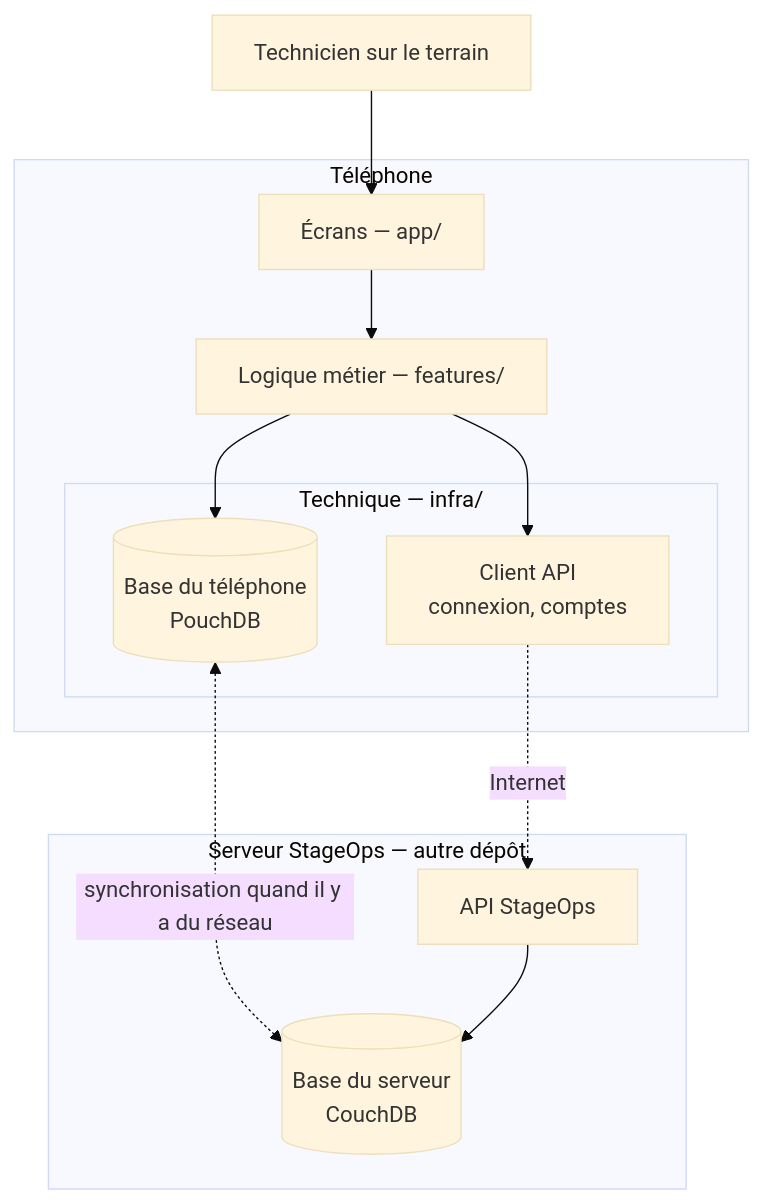
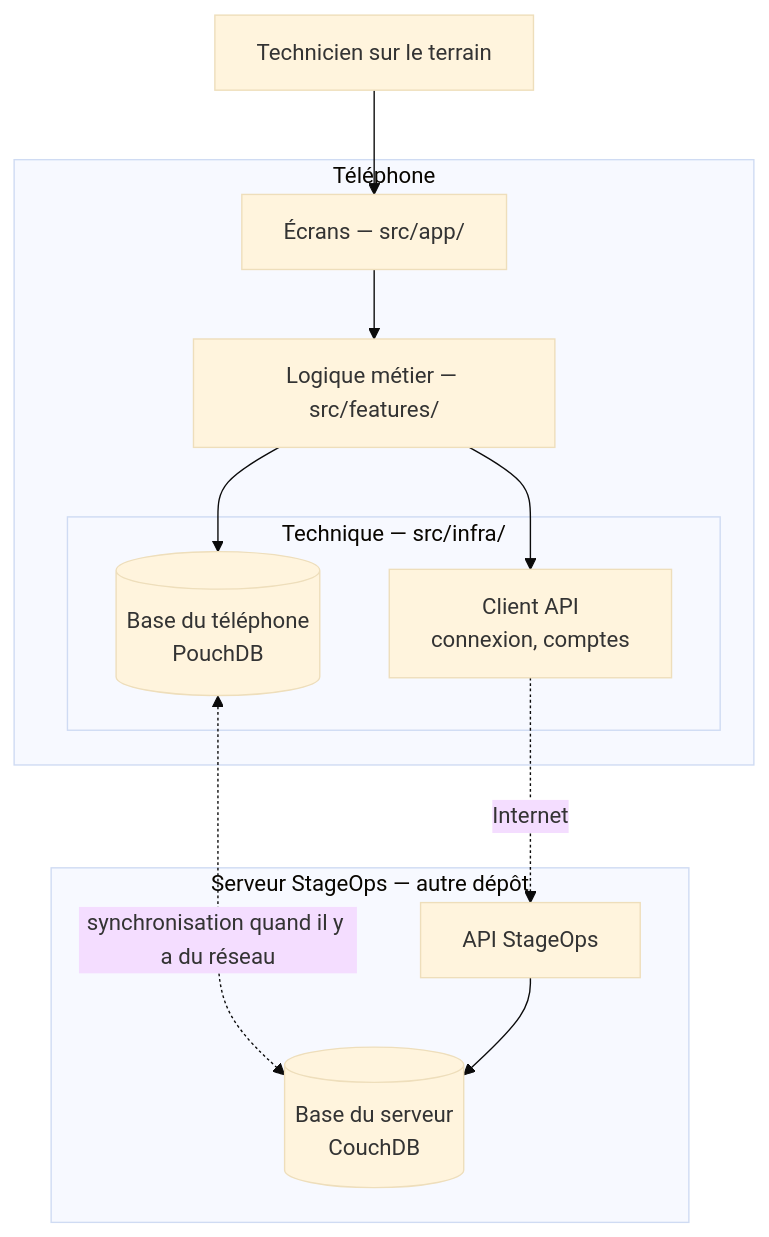
The second of 3 diagrams in docs/ARCHITECTURE.md (StageOps-EIP/StageOps-mobile-app), drawn with Mermaid (base theme) before and after one commit. The commit also changed other lines of this file, not shown here.

Commit message:
docs: architecture actuelle et cible

````diff
--- a/docs/ARCHITECTURE.md
+++ b/docs/ARCHITECTURE.md
@@ -46,26 +124,26 @@
 ```mermaid
 flowchart TD
     T["Technicien sur le terrain"]
 
     subgraph Telephone["Téléphone"]
-        E["Écrans — app/"]
-        L["Logique métier — features/"]
-        subgraph Technique["Technique — infra/"]
+        E["Écrans — src/app/"]
+        L["Logique métier — src/features/"]
+        subgraph Technique["Technique — src/infra/"]
             B[("Base du téléphone<br/>PouchDB")]
             C["Client API<br/>connexion, comptes"]
         end
     end
 
     subgraph Serveur["Serveur StageOps — autre dépôt"]
         A["API StageOps"]
         S[("Base du serveur<br/>CouchDB")]
     end
 
     T --> E
     E --> L
     L --> B
     L --> C
     B <-.->|synchronisation quand il y a du réseau| S
     C -.->|Internet| A
     A --> S
 ```
````
